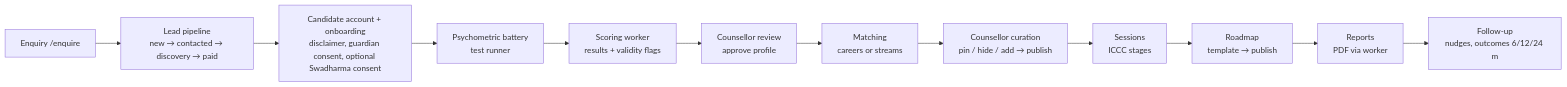
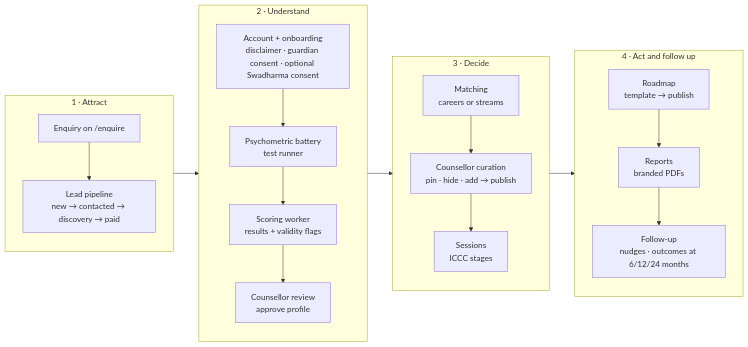
One commit to ys77-max/SwadharmaPath changed the first of 2 diagrams in docs/brd/BRD.md. Above: the diagram before and after it, drawn with Mermaid. The commit also changed other lines of this file and 28 other files, not shown here.

First line of the commit message:
Add Word (.docx) versions of all docs, more diagrams, and auto-rebuild on main

````diff
--- a/docs/brd/BRD.md
+++ b/docs/brd/BRD.md
@@ -88,14 +88,24 @@
 ```mermaid
 flowchart LR
-  A[Enquiry /enquire] --> B[Lead pipeline<br/>new → contacted → discovery → paid]
-  B --> C[Candidate account + onboarding<br/>disclaimer, guardian consent, optional Swadharma consent]
-  C --> D[Psychometric battery<br/>test runner]
-  D --> E[Scoring worker<br/>results + validity flags]
-  E --> F[Counsellor review<br/>approve profile]
-  F --> G[Matching<br/>careers or streams]
-  G --> H[Counsellor curation<br/>pin / hide / add → publish]
-  H --> I[Sessions<br/>ICCC stages]
-  I --> J[Roadmap<br/>template → publish]
-  J --> K[Reports<br/>PDF via worker]
-  K --> L[Follow-up<br/>nudges, outcomes 6/12/24 m]
+  subgraph S1["1 · Attract"]
+    direction TB
+    A[Enquiry on /enquire] --> B[Lead pipeline<br/>new → contacted → discovery → paid]
+  end
+  subgraph S2["2 · Understand"]
+    direction TB
+    C[Account + onboarding<br/>disclaimer · guardian consent · optional Swadharma consent] --> D[Psychometric battery<br/>test runner]
+    D --> E[Scoring worker<br/>results + validity flags]
+    E --> F[Counsellor review<br/>approve profile]
+  end
+  subgraph S3["3 · Decide"]
+    direction TB
+    G[Matching<br/>careers or streams] --> H[Counsellor curation<br/>pin · hide · add → publish]
+    H --> I[Sessions<br/>ICCC stages]
+  end
+  subgraph S4["4 · Act and follow up"]
+    direction TB
+    J[Roadmap<br/>template → publish] --> K[Reports<br/>branded PDFs]
+    K --> L[Follow-up<br/>nudges · outcomes at 6/12/24 months]
+  end
+  S1 --> S2 --> S3 --> S4
 ```
````
